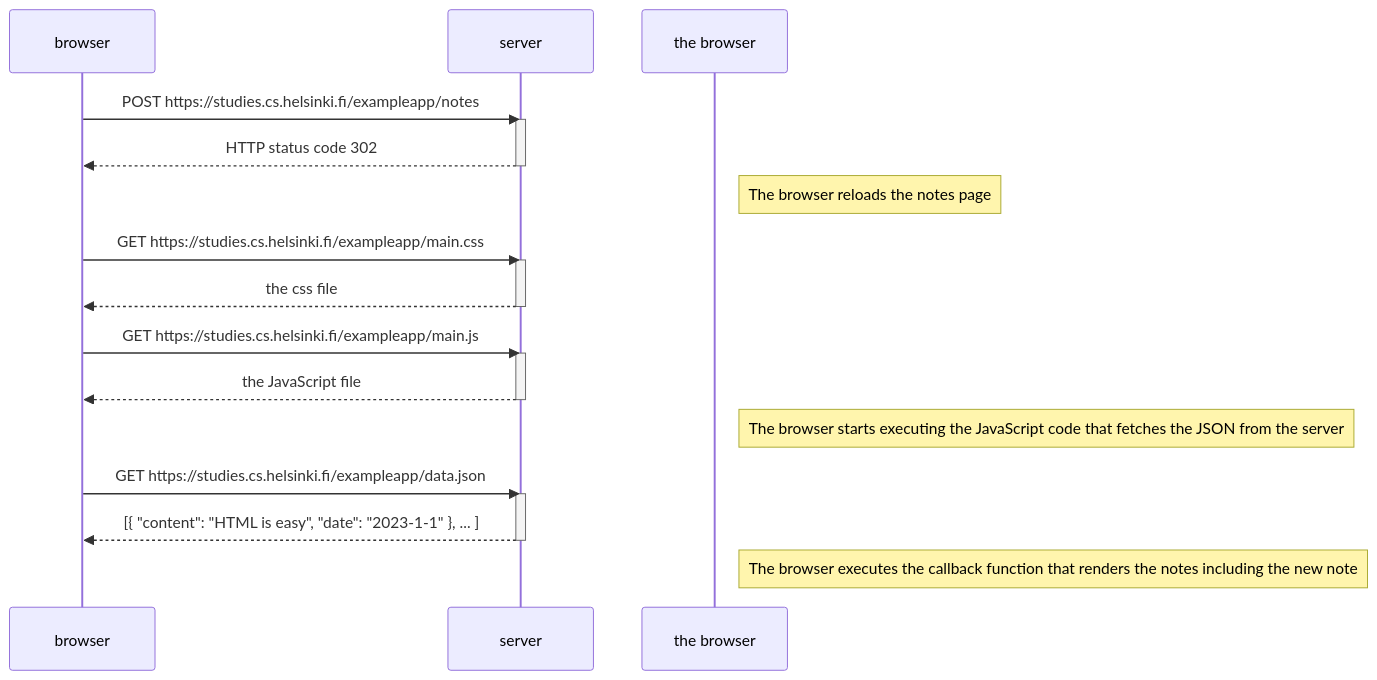
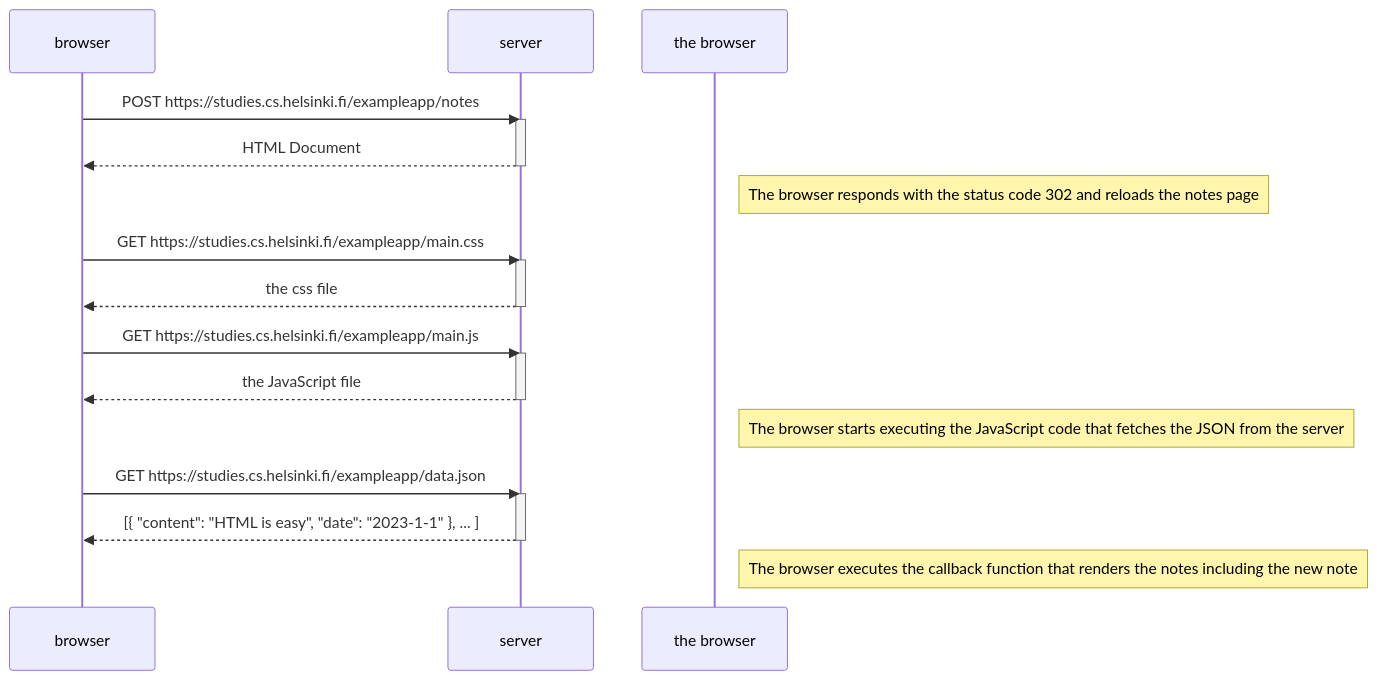
The diagram in part0/0.4_newNoteDiagram.md (EricMbatia/FullStackOpen), drawn with Mermaid before and after one commit.

Commit message:
changes to http

````diff
--- a/part0/0.4_newNoteDiagram.md
+++ b/part0/0.4_newNoteDiagram.md
@@ -1,31 +1,31 @@
 ```mermaid
 sequenceDiagram
     participant browser
     participant server
 
     browser->>server: POST https://studies.cs.helsinki.fi/exampleapp/notes
     activate server
-    server-->>browser: HTTP status code 302
+    server-->>browser: HTML Document
     deactivate server
 
-    Note right of the browser: The browser reloads the notes page
+    Note right of the browser: The browser responds with the status code 302 and reloads the notes page
 
     browser->>server: GET https://studies.cs.helsinki.fi/exampleapp/main.css
     activate server
     server-->>browser: the css file
     deactivate server
 
     browser->>server: GET https://studies.cs.helsinki.fi/exampleapp/main.js
     activate server
     server-->>browser: the JavaScript file
     deactivate server
 
     Note right of the browser: The browser starts executing the JavaScript code that fetches the JSON from the server
 
     browser->>server: GET https://studies.cs.helsinki.fi/exampleapp/data.json
     activate server
     server-->>browser: [{ "content": "HTML is easy", "date": "2023-1-1" }, ... ]
     deactivate server
 
     Note right of the browser: The browser executes the callback function that renders the notes including the new note
  ```
````
